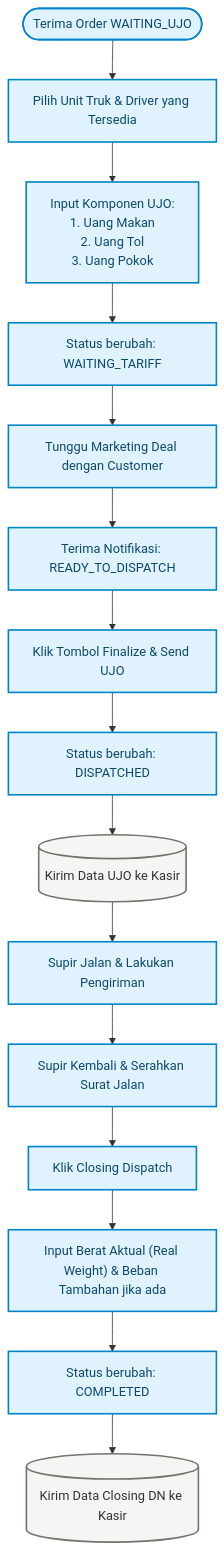
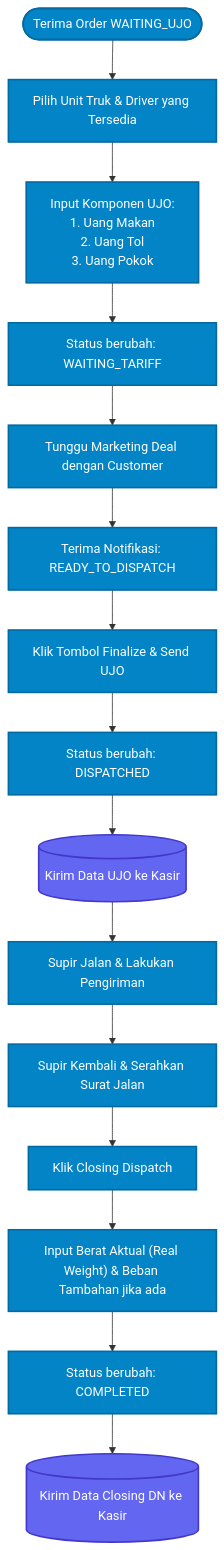
One commit to itbcslogistics/erp-documentation changed the fourth of 6 diagrams in docs/alur_bisnis.md. Above: the diagram before and after it, drawn with Mermaid. The commit also changed other lines of this file, not shown here.

Commit message:
Fix text visibility in dark mode by using rich vibrant solid background colors and forcing white text inside flowchart nodes

````diff
--- a/docs/alur_bisnis.md
+++ b/docs/alur_bisnis.md
@@ -173,23 +173,23 @@
 ```mermaid
 flowchart TD
     Start(["Terima Order WAITING_UJO"]) --> B1["Pilih Unit Truk & Driver yang Tersedia"]
     B1 --> B2["Input Komponen UJO:<br/>1. Uang Makan<br/>2. Uang Tol<br/>3. Uang Pokok"]
     B2 --> B3["Status berubah: WAITING_TARIFF"]
     B3 --> B4["Tunggu Marketing Deal dengan Customer"]
     B4 --> B5["Terima Notifikasi: READY_TO_DISPATCH"]
     B5 --> B6["Klik Tombol Finalize & Send UJO"]
     B6 --> B7["Status berubah: DISPATCHED"]
     B7 --> B8[("Kirim Data UJO ke Kasir")]
     B8 --> B9["Supir Jalan & Lakukan Pengiriman"]
     B9 --> B10["Supir Kembali & Serahkan Surat Jalan"]
     B10 --> B11["Klik Closing Dispatch"]
     B11 --> B12["Input Berat Aktual (Real Weight) & Beban Tambahan jika ada"]
     B12 --> B13["Status berubah: COMPLETED"]
     B13 --> B14[("Kirim Data Closing DN ke Kasir")]
 
     %% Styling
-    classDef ocs fill:#e0f2fe,stroke:#0284c7,stroke-width:2px,color:#0c4a6e
-    classDef db fill:#f5f5f4,stroke:#78716c,stroke-width:2px
+    classDef ocs fill:#0284c7,stroke:#0369a1,stroke-width:2px,color:#ffffff
+    classDef db fill:#6366f1,stroke:#4338ca,stroke-width:2px,color:#ffffff
     class Start,B1,B2,B3,B4,B5,B6,B7,B9,B10,B11,B12,B13 ocs
     class B8,B14 db
 ```
````
